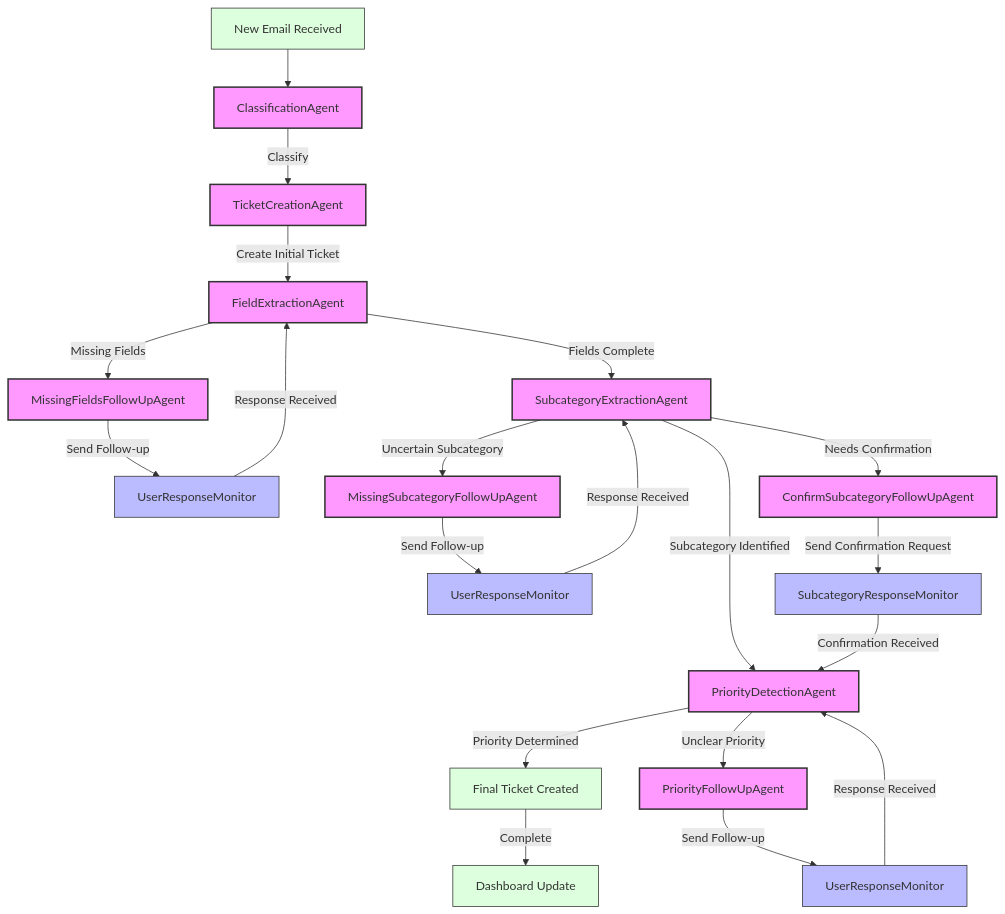
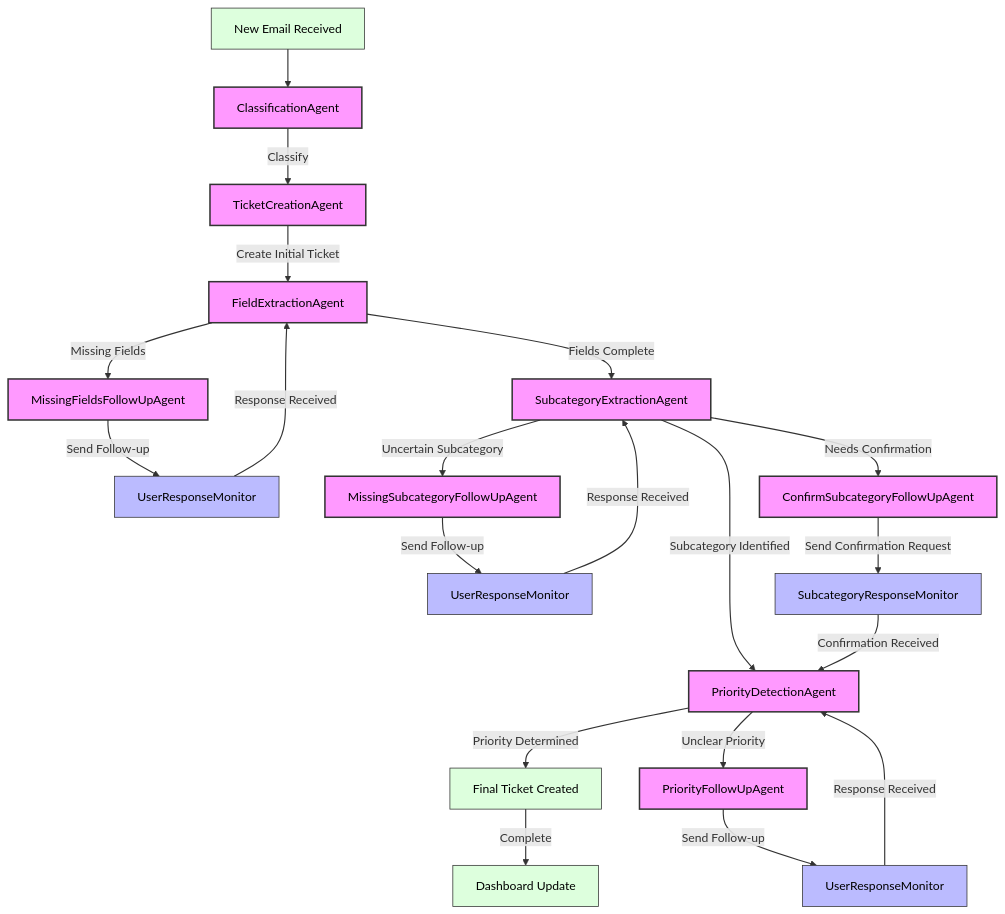
The diagram in README.md (AmineBenz0/HelpDesk_Multi_Agent_System), drawn with Mermaid before and after one commit.

Commit message:
Improve Mermaid diagram with darker text colors and better edge styling

````diff
--- a/README.md
+++ b/README.md
@@ -116,43 +116,45 @@
 ```mermaid
 graph TD
     A[New Email Received] --> B[ClassificationAgent]
     B -->|Classify| C[TicketCreationAgent]
     C -->|Create Initial Ticket| D[FieldExtractionAgent]
     
     %% Main Happy Path
     D -->|Fields Complete| E[SubcategoryExtractionAgent]
     E -->|Subcategory Identified| F[PriorityDetectionAgent]
     F -->|Priority Determined| G[Final Ticket Created]
     
     %% Field Extraction Follow-up Path
     D -->|Missing Fields| H[MissingFieldsFollowUpAgent]
     H -->|Send Follow-up| I[UserResponseMonitor]
     I -->|Response Received| D
     
     %% Subcategory Extraction Follow-up Path
     E -->|Uncertain Subcategory| J[MissingSubcategoryFollowUpAgent]
     J -->|Send Follow-up| K[UserResponseMonitor]
     K -->|Response Received| E
     
     %% Subcategory Confirmation Path
     E -->|Needs Confirmation| L[ConfirmSubcategoryFollowUpAgent]
     L -->|Send Confirmation Request| M[SubcategoryResponseMonitor]
     M -->|Confirmation Received| F
     
     %% Priority Detection Follow-up Path
     F -->|Unclear Priority| N[PriorityFollowUpAgent]
     N -->|Send Follow-up| O[UserResponseMonitor]
     O -->|Response Received| F
     
     %% Finalization
     G -->|Complete| P[Dashboard Update]
     
     %% Styling
-    classDef agents fill:#f9f,stroke:#333,stroke-width:2px;
-    classDef monitors fill:#bbf,stroke:#333,stroke-width:1px;
-    classDef actions fill:#dfd,stroke:#333,stroke-width:1px;
+    classDef agents fill:#f9f,stroke:#333,stroke-width:2px,color:#000;
+    classDef monitors fill:#bbf,stroke:#333,stroke-width:1px,color:#000;
+    classDef actions fill:#dfd,stroke:#333,stroke-width:1px,color:#000;
+    classDef edges color:#333,stroke-width:2px;
     
     class B,C,D,E,F,H,J,L,N agents;
     class I,K,M,O monitors;
     class A,G,P actions;
+    linkStyle default stroke:#333,stroke-width:1.5px;
 ```
````
